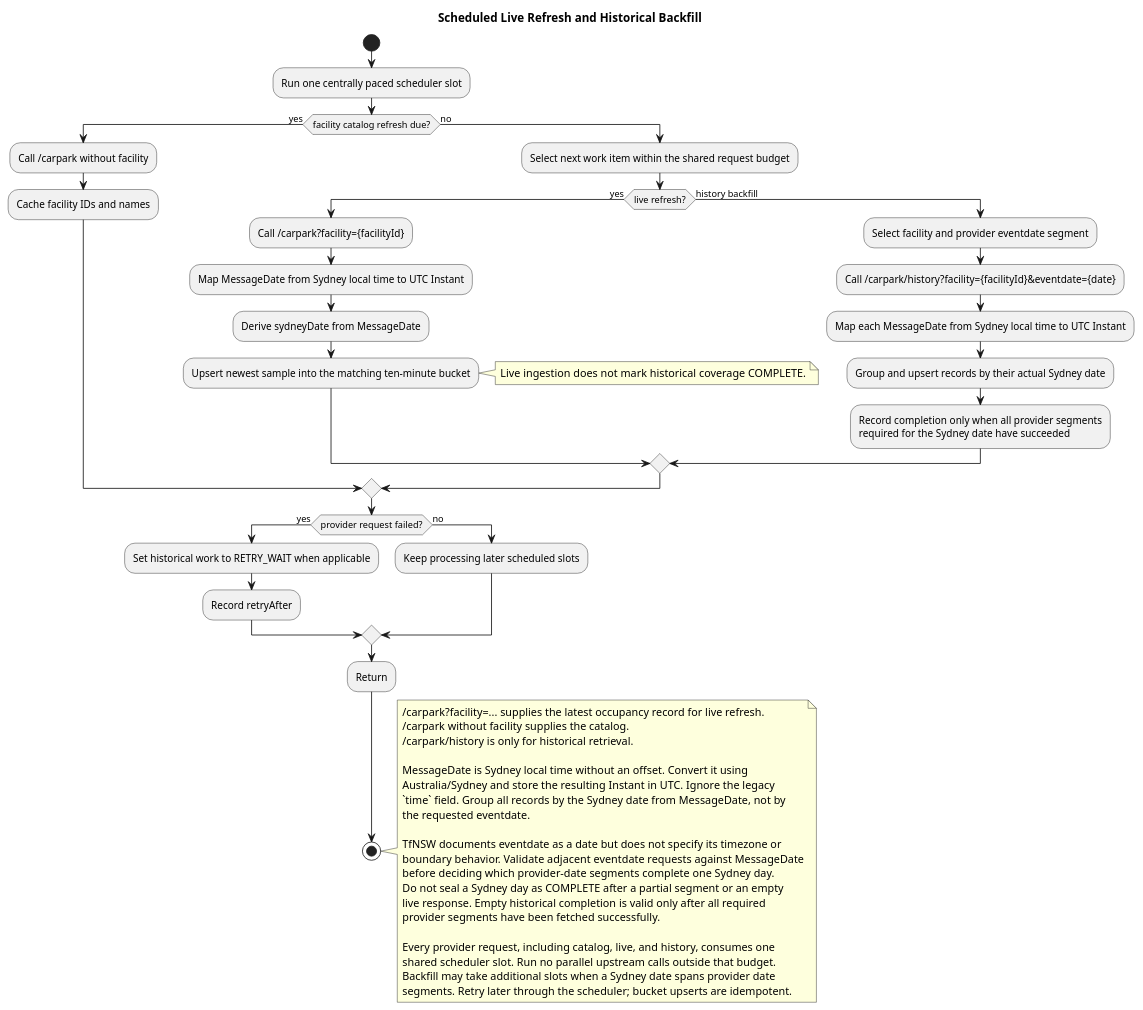
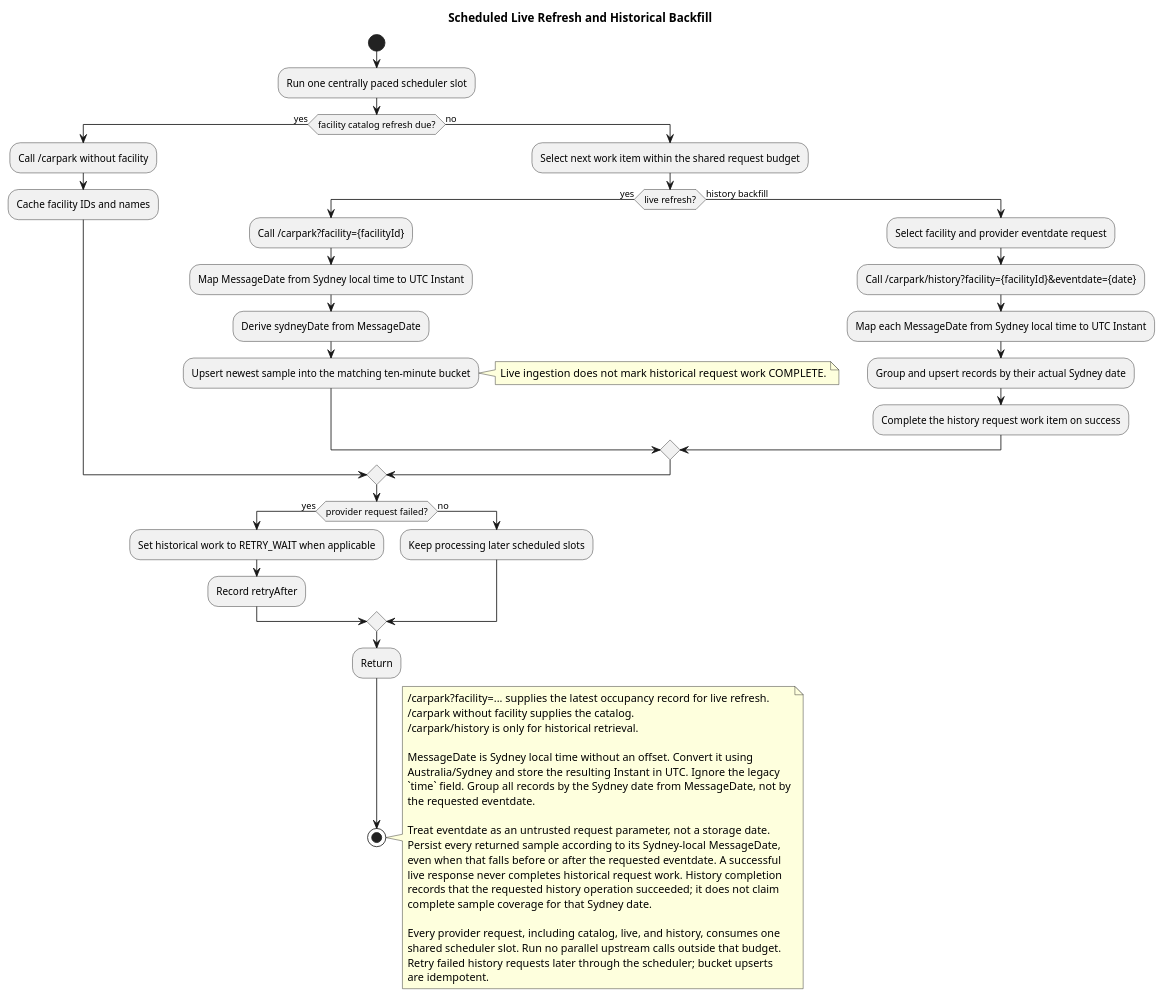
Before and after one commit to Ethan-Singh/metro-parking-web-service: the diagram in domain/models/backfill-flow.puml, drawn with PlantUML. The commit also changed 2 other files, not shown here.

Commit message:
docs: align parking models with message date and slug refresh

```diff
--- a/domain/models/backfill-flow.puml
+++ b/domain/models/backfill-flow.puml
@@ -1,56 +1,55 @@
 @startuml
 title Scheduled Live Refresh and Historical Backfill
 start
 :Run one centrally paced scheduler slot;
 if (facility catalog refresh due?) then (yes)
   :Call /carpark without facility;
   :Cache facility IDs and names;
 else (no)
   :Select next work item within the shared request budget;
   if (live refresh?) then (yes)
     :Call /carpark?facility={facilityId};
     :Map MessageDate from Sydney local time to UTC Instant;
     :Derive sydneyDate from MessageDate;
     :Upsert newest sample into the matching ten-minute bucket;
-    note right: Live ingestion does not mark historical coverage COMPLETE.
+    note right: Live ingestion does not mark historical request work COMPLETE.
   else (history backfill)
-    :Select facility and provider eventdate segment;
+    :Select facility and provider eventdate request;
     :Call /carpark/history?facility={facilityId}&eventdate={date};
     :Map each MessageDate from Sydney local time to UTC Instant;
     :Group and upsert records by their actual Sydney date;
-    :Record completion only when all provider segments
-    required for the Sydney date have succeeded;
+    :Complete the history request work item on success;
   endif
 endif
 if (provider request failed?) then (yes)
   :Set historical work to RETRY_WAIT when applicable;
   :Record retryAfter;
 else (no)
   :Keep processing later scheduled slots;
 endif
 :Return;
 stop
 
 note right
   /carpark?facility=... supplies the latest occupancy record for live refresh.
   /carpark without facility supplies the catalog.
   /carpark/history is only for historical retrieval.
 
   MessageDate is Sydney local time without an offset. Convert it using
   Australia/Sydney and store the resulting Instant in UTC. Ignore the legacy
   `time` field. Group all records by the Sydney date from MessageDate, not by
   the requested eventdate.
 
-  TfNSW documents eventdate as a date but does not specify its timezone or
-  boundary behavior. Validate adjacent eventdate requests against MessageDate
-  before deciding which provider-date segments complete one Sydney day.
-  Do not seal a Sydney day as COMPLETE after a partial segment or an empty
-  live response. Empty historical completion is valid only after all required
-  provider segments have been fetched successfully.
+  Treat eventdate as an untrusted request parameter, not a storage date.
+  Persist every returned sample according to its Sydney-local MessageDate,
+  even when that falls before or after the requested eventdate. A successful
+  live response never completes historical request work. History completion
+  records that the requested history operation succeeded; it does not claim
+  complete sample coverage for that Sydney date.
 
   Every provider request, including catalog, live, and history, consumes one
   shared scheduler slot. Run no parallel upstream calls outside that budget.
-  Backfill may take additional slots when a Sydney date spans provider date
-  segments. Retry later through the scheduler; bucket upserts are idempotent.
+  Retry failed history requests later through the scheduler; bucket upserts
+  are idempotent.
 end note
 @enduml
```
